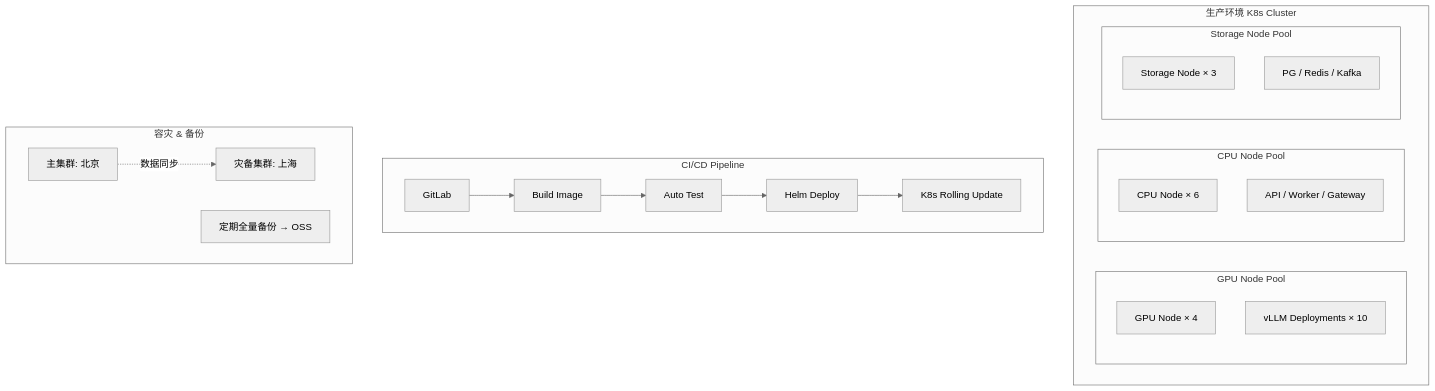
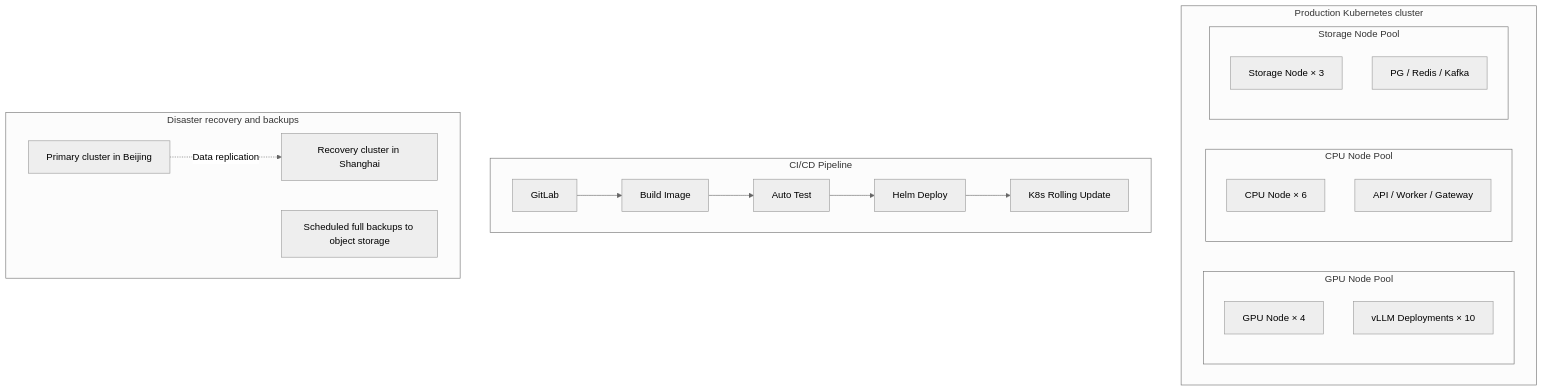
One commit to LAnthonyJ/datalens-lab changed the eighth of 8 diagrams in Q2_architecture.md. Above: the diagram before and after it, drawn with Mermaid (neutral theme). The commit also changed other lines of this file and 11 other files, not shown here.

````diff
--- a/Q2_architecture.md
+++ b/Q2_architecture.md
@@ -310,31 +249,31 @@
 ```mermaid
 graph TB
-    subgraph "生产环境 K8s Cluster"
+    subgraph "Production Kubernetes cluster"
         subgraph "GPU Node Pool"
             GPU1[GPU Node × 4]
             GPU2[vLLM Deployments × 10]
         end
         subgraph "CPU Node Pool"
             CPU1[CPU Node × 6]
             CPU2[API / Worker / Gateway]
         end
         subgraph "Storage Node Pool"
             STORE1[Storage Node × 3]
             STORE2[PG / Redis / Kafka]
         end
     end
 
     subgraph "CI/CD Pipeline"
         GIT[GitLab] --> BUILD[Build Image]
         BUILD --> TEST[Auto Test]
         TEST --> DEPLOY[Helm Deploy]
         DEPLOY --> K8S[K8s Rolling Update]
     end
 
-    subgraph "容灾 & 备份"
-        MAIN[主集群: 北京]
-        DR[灾备集群: 上海]
-        MAIN -.->|数据同步| DR
-        BACKUP[定期全量备份 → OSS]
+    subgraph "Disaster recovery and backups"
+        MAIN[Primary cluster in Beijing]
+        DR[Recovery cluster in Shanghai]
+        MAIN -.->|Data replication| DR
+        BACKUP[Scheduled full backups to object storage]
     end
 ```
````
